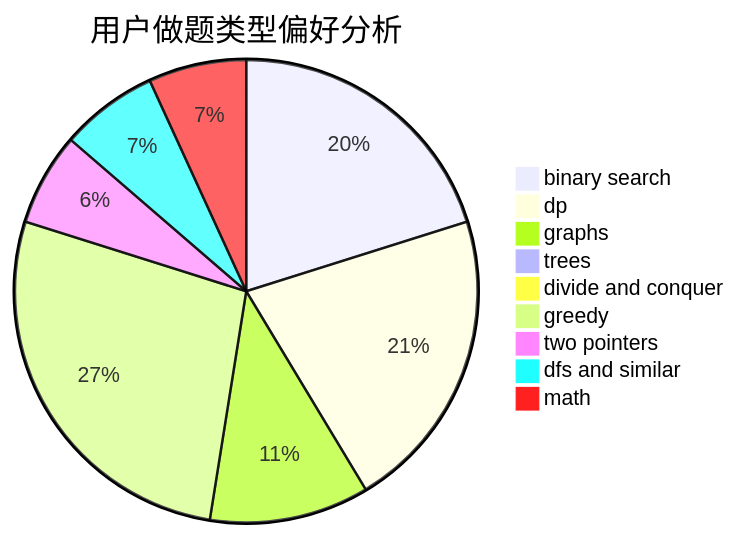
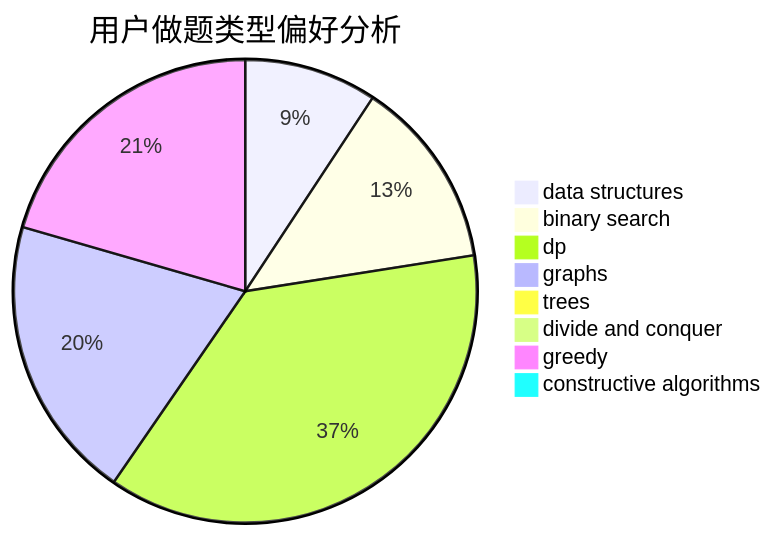
Before and after one commit to sherpahu/cfrs.github.io: the second of 3 diagrams in docs/user/u368.md, drawn with Mermaid. The commit also changed other lines of this file and 2775 other files, not shown here.

````diff
--- a/docs/user/u368.md
+++ b/docs/user/u368.md
@@ -23,12 +23,11 @@
 ```mermaid
 pie title 用户做题类型偏好分析
-    "binary search" :  56
-    "dp" :  59
-    "graphs" :  31
-    "trees" :  1
+    "data structures" :  14
+    "binary search" :  20
+    "dp" :  56
+    "graphs" :  30
+    "trees" :  0
     "divide and conquer" :  0
-    "greedy" :  76
-    "two pointers" :  18
-    "dfs and similar" :  19
-    "math" :  19
+    "greedy" :  31
+    "constructive algorithms" :  0
 ```
````
